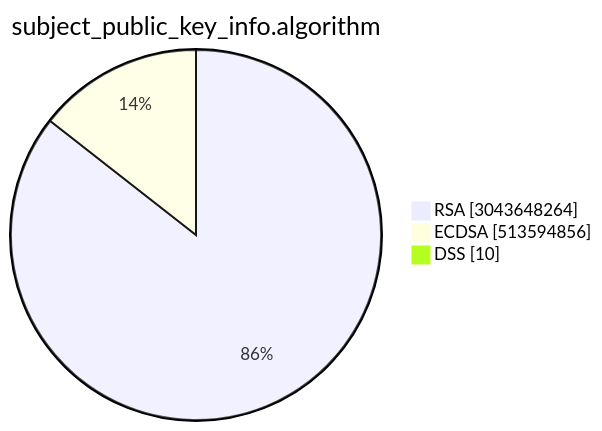
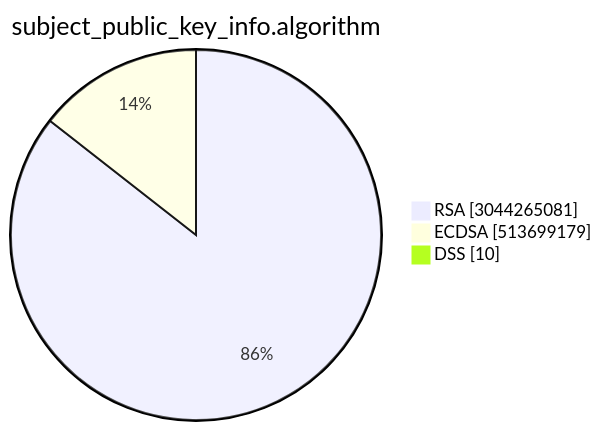
One commit to christiankrug/ctmonitor_visualization changed the second of 15 diagrams in TOTAL/README.md. Above: the diagram before and after it, drawn with Mermaid. The commit also changed other lines of this file, not shown here.

````diff
--- a/TOTAL/README.md
+++ b/TOTAL/README.md
@@ -6,7 +6,7 @@
 ```mermaid
 pie showData
 title subject_public_key_info.algorithm
-"RSA" :3043648264
-"ECDSA" :513594856
+"RSA" :3044265081
+"ECDSA" :513699179
 "DSS" :10
 ```
````
